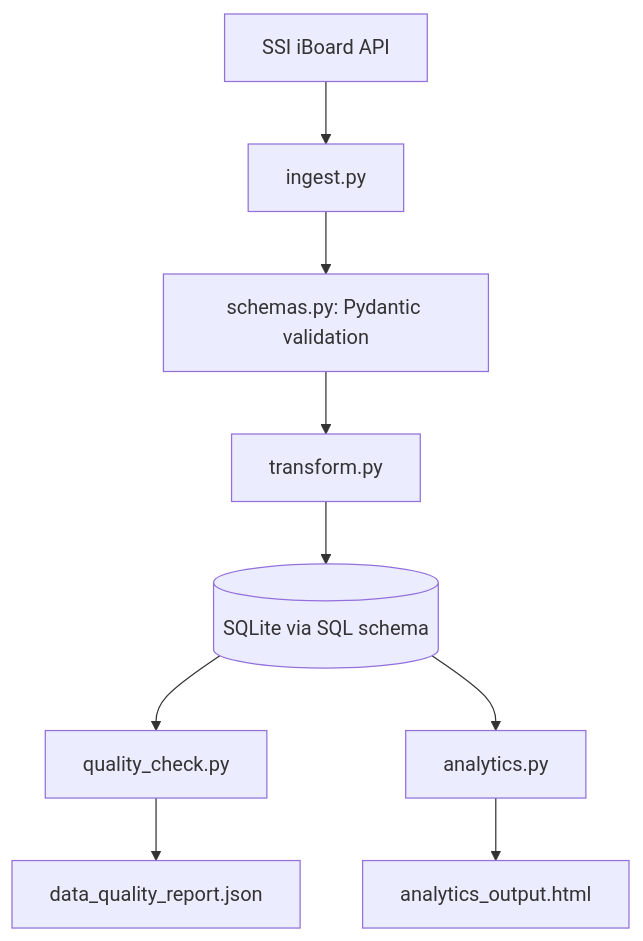
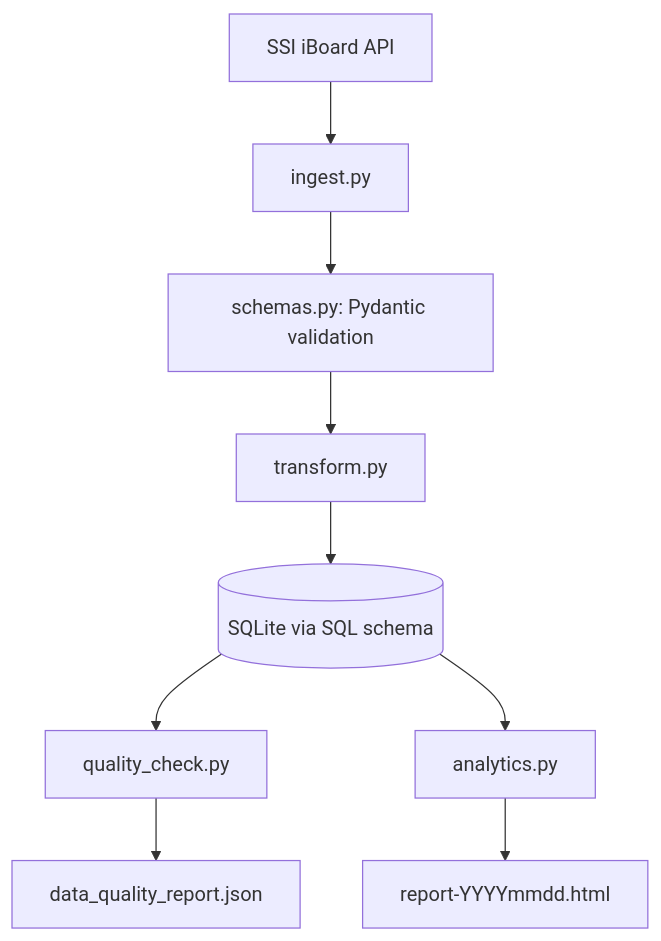
Before and after one commit to quangnt03/iboard-etl: the diagram in AGENTS.md, drawn with Mermaid. The commit also changed other lines of this file and 38 other files, not shown here.

````diff
--- a/AGENTS.md
+++ b/AGENTS.md
@@ -243,11 +265,11 @@
 ```mermaid
 flowchart TD
     A[SSI iBoard API] --> B[ingest.py]
     B --> C[schemas.py: Pydantic validation]
     C --> D[transform.py]
     D --> E[(SQLite via SQL schema)]
     E --> F[quality_check.py]
     E --> G[analytics.py]
     F --> H[data_quality_report.json]
-    G --> I[analytics_output.html]
+    G --> I[report-YYYYmmdd.html]
 ```
````
